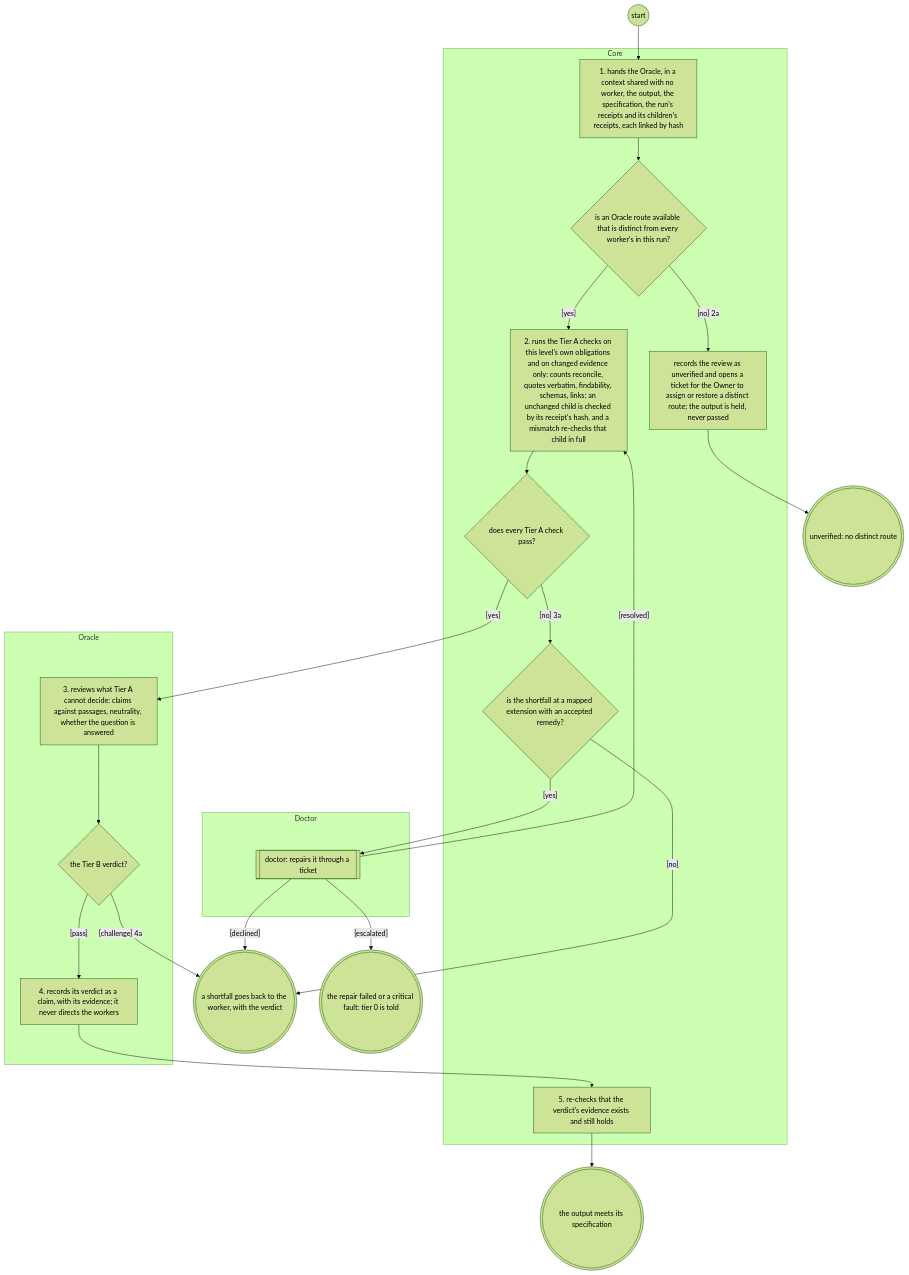
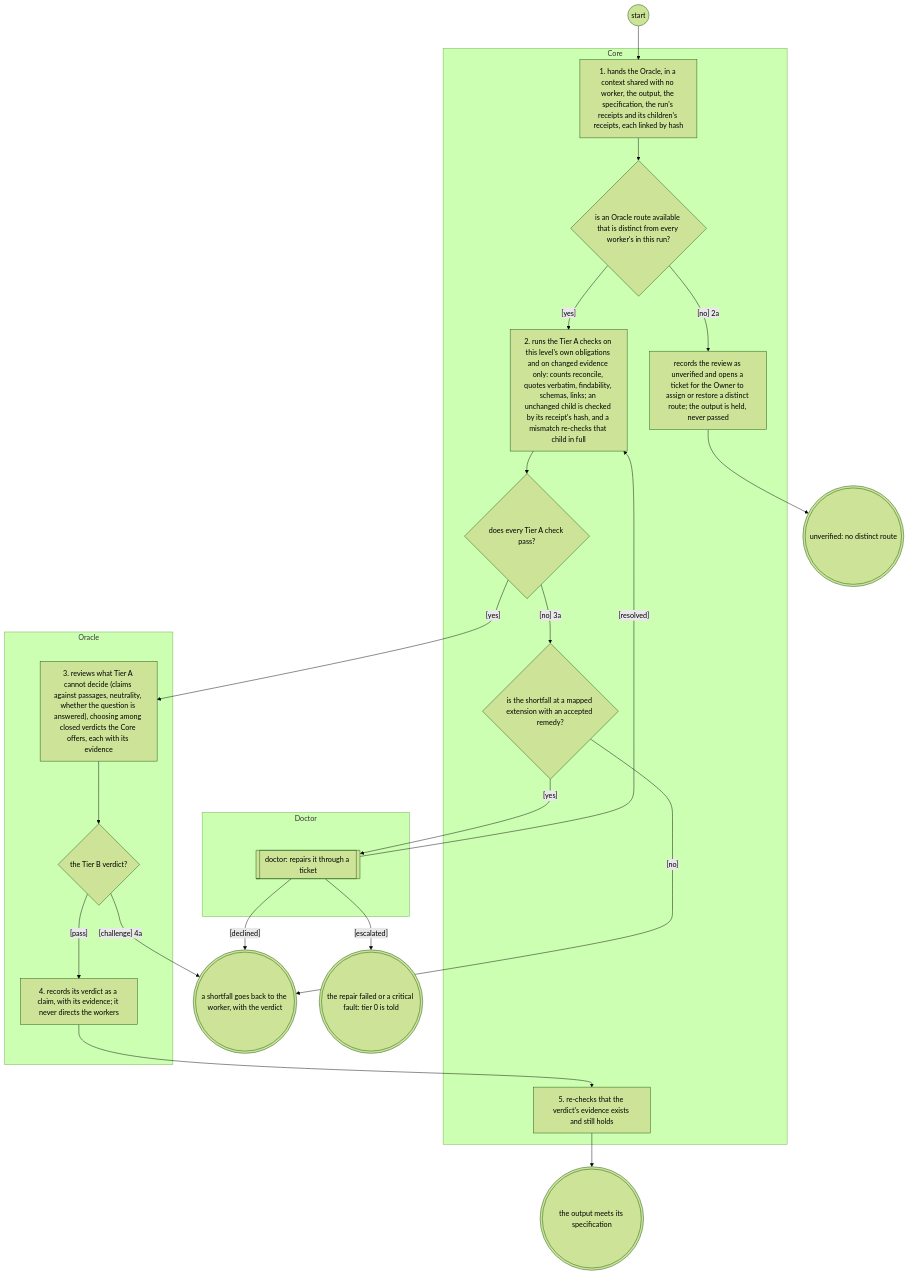
One commit to Jake36999/Librarian_V2 changed the diagram in reports/2026-11-25-systems-analysis-finalisation/librarian/to-be/views/oracle.views.md. Above: the diagram before and after it, drawn with Mermaid (forest theme). The commit also changed other lines of this file and 19 other files, not shown here.

````diff
--- a/reports/2026-11-25-systems-analysis-finalisation/librarian/to-be/views/oracle.views.md
+++ b/reports/2026-11-25-systems-analysis-finalisation/librarian/to-be/views/oracle.views.md
@@ -55,44 +55,44 @@
 ```mermaid
 flowchart TD
   subgraph Core["Core"]
     handin["1. hands the Oracle, in a context shared with no worker, the output, the specification, the run's receipts and its children's receipts, each linked by hash"]
     droute{"is an Oracle route available that is distinct from every worker's in this run?"}
     collision["records the review as unverified and opens a ticket for the Owner to assign or restore a distinct route; the output is held, never passed"]
     tiera["2. runs the Tier A checks on this level's own obligations and on changed evidence only: counts reconcile, quotes verbatim, findability, schemas, links; an unchanged child is checked by its receipt's hash, and a mismatch re-checks that child in full"]
     dtiera{"does every Tier A check pass?"}
     dmapped{"is the shortfall at a mapped extension with an accepted remedy?"}
     recheck["5. re-checks that the verdict's evidence exists and still holds"]
   end
   subgraph Oracle["Oracle"]
-    tierb["3. reviews what Tier A cannot decide: claims against passages, neutrality, whether the question is answered"]
+    tierb["3. reviews what Tier A cannot decide (claims against passages, neutrality, whether the question is answered), choosing among closed verdicts the Core offers, each with its evidence"]
     dtierb{"the Tier B verdict?"}
     verdict["4. records its verdict as a claim, with its evidence; it never directs the workers"]
   end
   subgraph Doctor["Doctor"]
     ref_doctor[["doctor: repairs it through a ticket"]]
   end
   s(("start"))
   e1((("the output meets its specification")))
   e_shortfall((("a shortfall goes back to the worker, with the verdict")))
   e_paused((("unverified: no distinct route")))
   e_escalated((("the repair failed or a critical fault: tier 0 is told")))
   s --> handin
   handin --> droute
   droute -->|"[yes]"| tiera
   droute -->|"[no] 2a"| collision
   collision --> e_paused
   tiera --> dtiera
   dtiera -->|"[yes]"| tierb
   dtiera -->|"[no] 3a"| dmapped
   dmapped -->|"[yes]"| ref_doctor
   dmapped -->|"[no]"| e_shortfall
   ref_doctor -->|"[resolved]"| tiera
   ref_doctor -->|"[declined]"| e_shortfall
   ref_doctor -->|"[escalated]"| e_escalated
   tierb --> dtierb
   dtierb -->|"[pass]"| verdict
   dtierb -->|"[challenge] 4a"| e_shortfall
   verdict --> recheck
   recheck --> e1
   classDef ext stroke:#d9534f,stroke-width:2px
 ```
````
